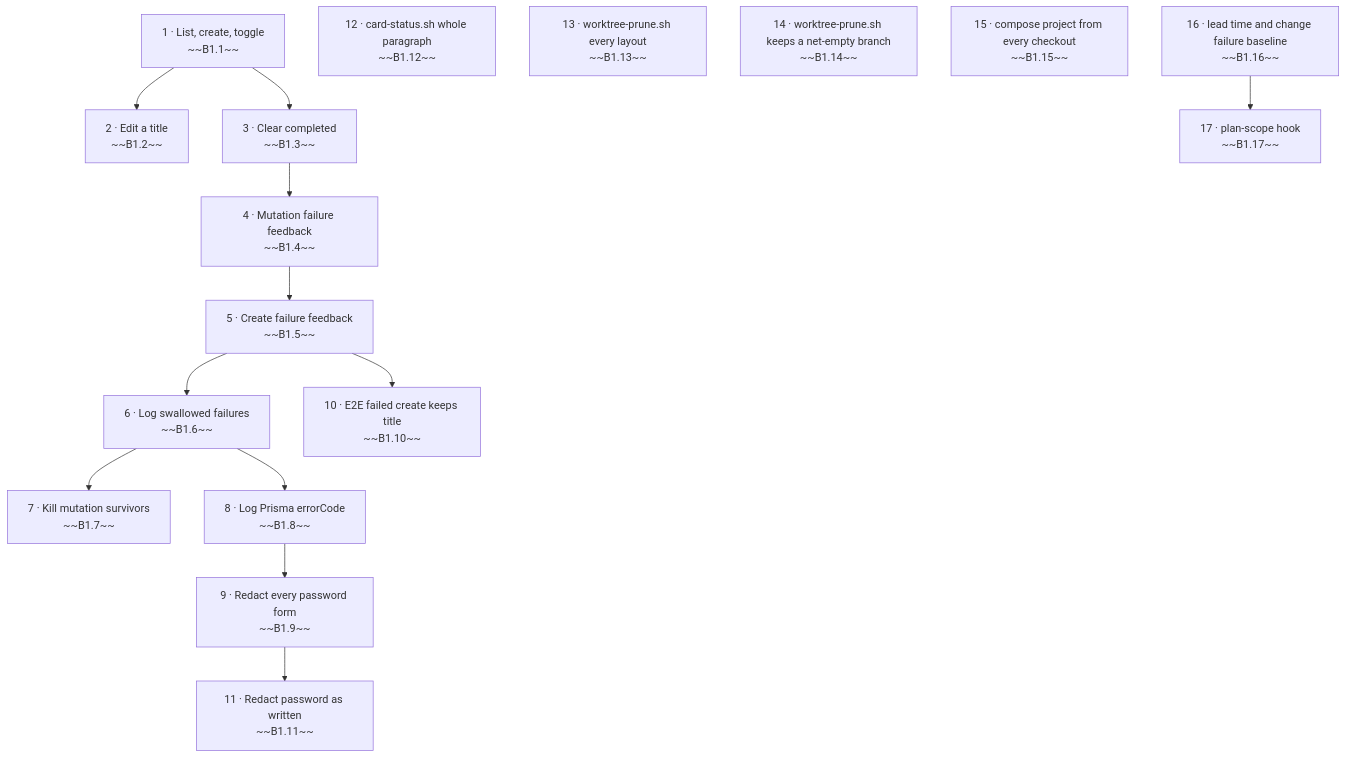
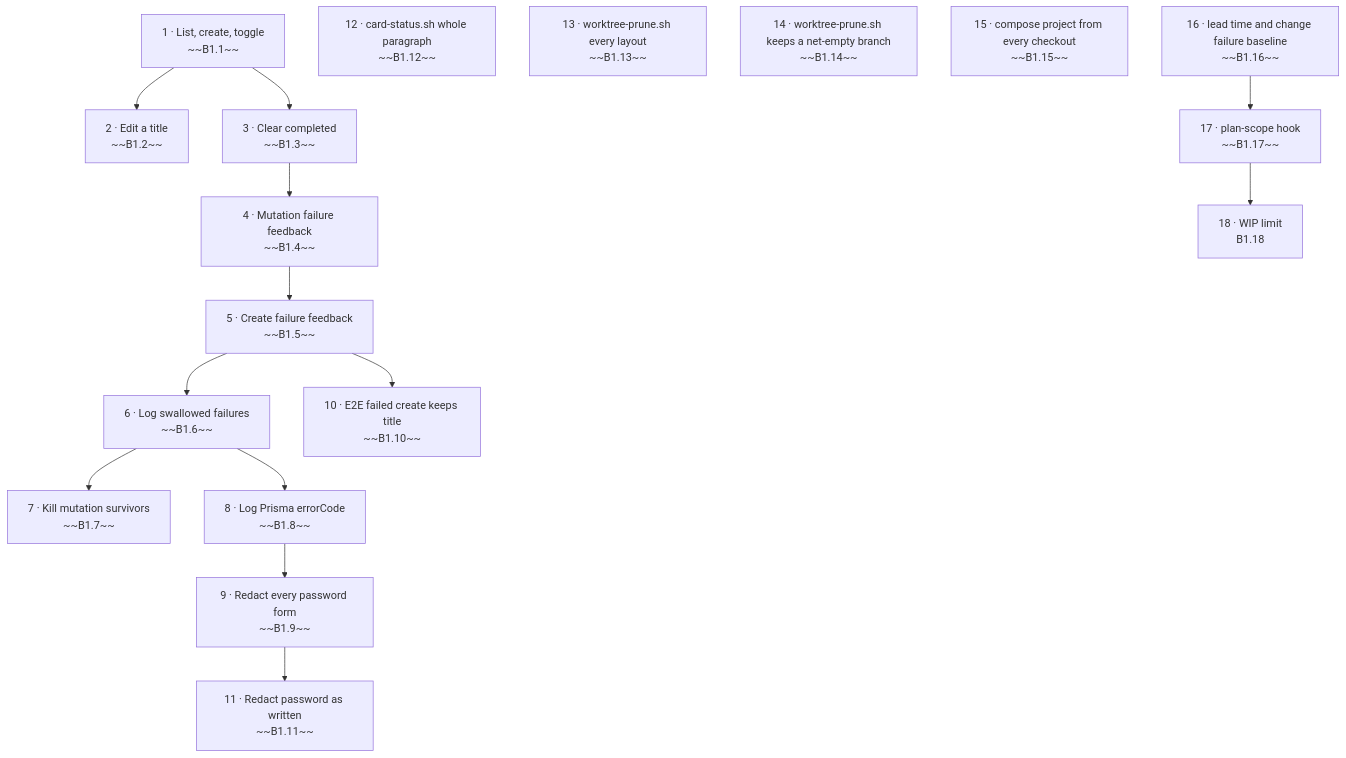
The diagram in backlog/README.md (st-minhho2/level-up-lab), drawn with Mermaid before and after one commit. The commit also changed other lines of this file and 1 other file, not shown here.

Commit message:
docs(backlog): card B1.18 WIP limit

````diff
--- a/backlog/README.md
+++ b/backlog/README.md
@@ -15,31 +15,33 @@
 ```mermaid
 flowchart TD
   S1["1 · List, create, toggle<br/>~~B1.1~~"]
   S2["2 · Edit a title<br/>~~B1.2~~"]
   S3["3 · Clear completed<br/>~~B1.3~~"]
   S1 --> S2
   S4["4 · Mutation failure feedback<br/>~~B1.4~~"]
   S1 --> S3
   S3 --> S4
   S5["5 · Create failure feedback<br/>~~B1.5~~"]
   S4 --> S5
   S6["6 · Log swallowed failures<br/>~~B1.6~~"]
   S5 --> S6
   S7["7 · Kill mutation survivors<br/>~~B1.7~~"]
   S6 --> S7
   S8["8 · Log Prisma errorCode<br/>~~B1.8~~"]
   S6 --> S8
   S9["9 · Redact every password form<br/>~~B1.9~~"]
   S8 --> S9
   S10["10 · E2E failed create keeps title<br/>~~B1.10~~"]
   S5 --> S10
   S11["11 · Redact password as written<br/>~~B1.11~~"]
   S9 --> S11
   S12["12 · card-status.sh whole paragraph<br/>~~B1.12~~"]
   S13["13 · worktree-prune.sh every layout<br/>~~B1.13~~"]
   S14["14 · worktree-prune.sh keeps a net-empty branch<br/>~~B1.14~~"]
   S15["15 · compose project from every checkout<br/>~~B1.15~~"]
   S16["16 · lead time and change failure baseline<br/>~~B1.16~~"]
   S17["17 · plan-scope hook<br/>~~B1.17~~"]
+  S18["18 · WIP limit<br/>B1.18"]
+  S17 --> S18
   S16 --> S17
 ```
````
